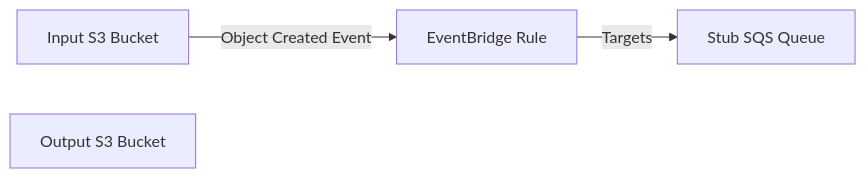
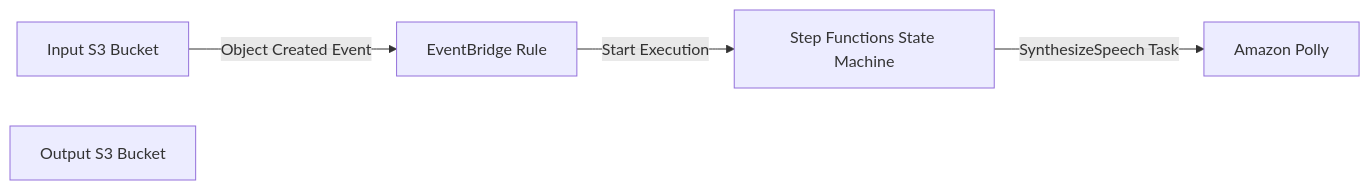
One commit to obstreperous-ai/cdk-sleep-csharp-kiro changed the second of 2 diagrams in docs/ARCHITECTURE.md. Above: the diagram before and after it, drawn with Mermaid. The commit also changed other lines of this file and 3 other files, not shown here.

First line of the commit message:
feat: add Step Functions state machine with Polly integration

````diff
--- a/docs/ARCHITECTURE.md
+++ b/docs/ARCHITECTURE.md
@@ -74,6 +78,7 @@
 ```mermaid
 flowchart LR
     A[Input S3 Bucket] -->|Object Created Event| B[EventBridge Rule]
-    B -->|Targets| C[Stub SQS Queue]
-    D[Output S3 Bucket]
+    B -->|Start Execution| C[Step Functions State Machine]
+    C -->|SynthesizeSpeech Task| D[Amazon Polly]
+    E[Output S3 Bucket]
 ```
````
